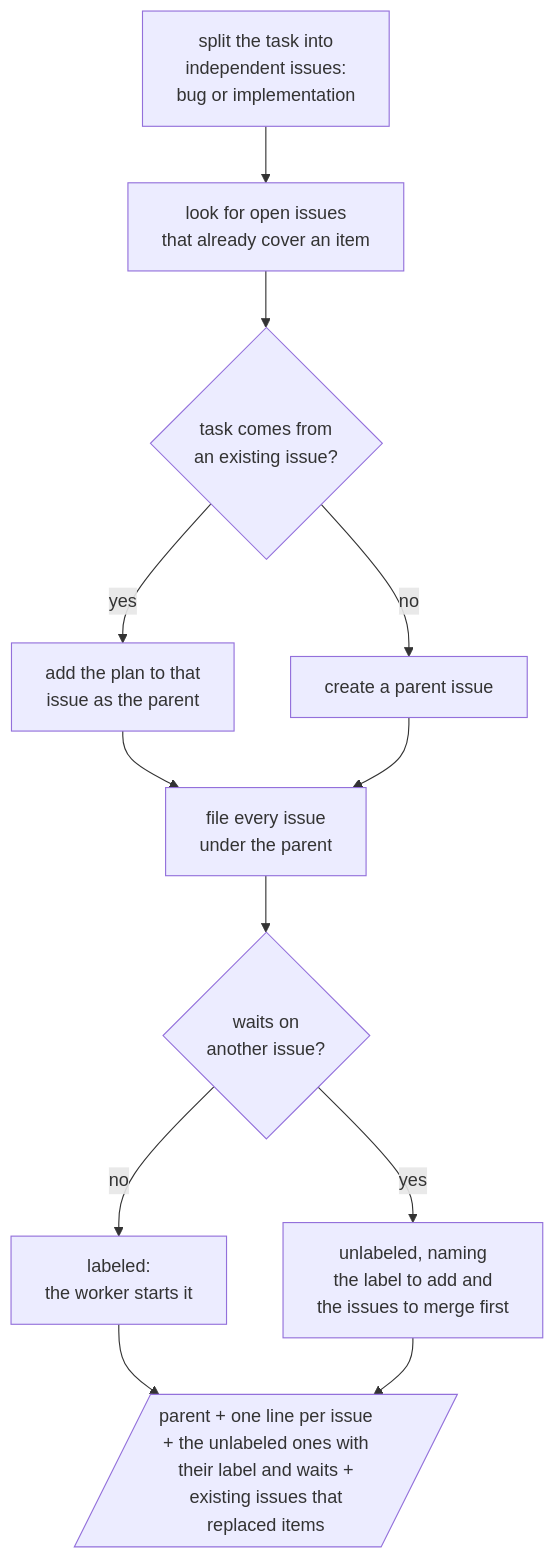
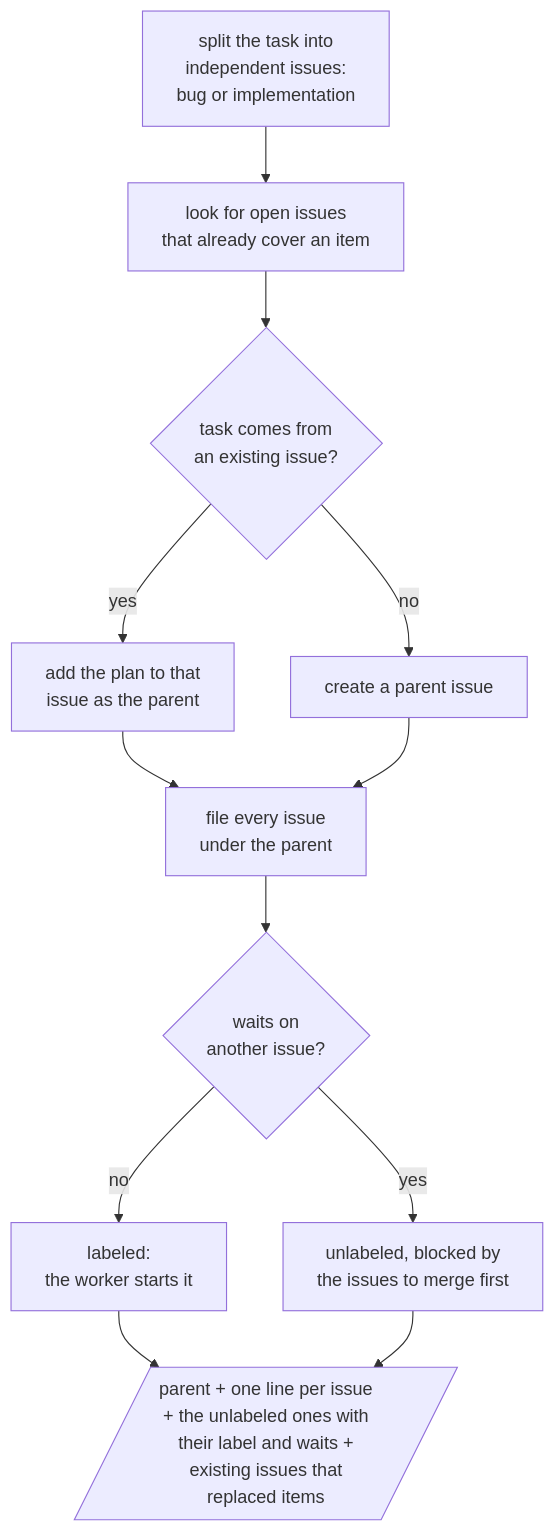
Before and after one commit to omni-stove/skill-kit: the diagram in shared/skills/delegate/README.md, drawn with Mermaid. The commit also changed 12 other files, not shown here.

````diff
--- a/shared/skills/delegate/README.md
+++ b/shared/skills/delegate/README.md
@@ -3,15 +3,15 @@
 ```mermaid
 flowchart TD
   split["split the task into<br/>independent issues:<br/>bug or implementation"]
   split --> similar[look for open issues<br/>that already cover an item]
   similar --> origin{task comes from<br/>an existing issue?}
   origin -- "yes" --> comment[add the plan to that<br/>issue as the parent]
   origin -- "no" --> parent[create a parent issue]
   comment --> create[file every issue<br/>under the parent]
   create --> wait{waits on<br/>another issue?}
   wait -- "no" --> now[labeled:<br/>the worker starts it]
-  wait -- "yes" --> later[unlabeled, naming<br/>the label to add and<br/>the issues to merge first]
+  wait -- "yes" --> later[unlabeled, blocked by<br/>the issues to merge first]
   parent --> create
   now --> report[/"parent + one line per issue<br/>+ the unlabeled ones with<br/>their label and waits +<br/>existing issues that<br/>replaced items"/]
   later --> report
 ```
````
